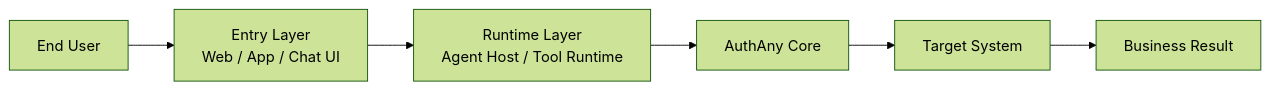
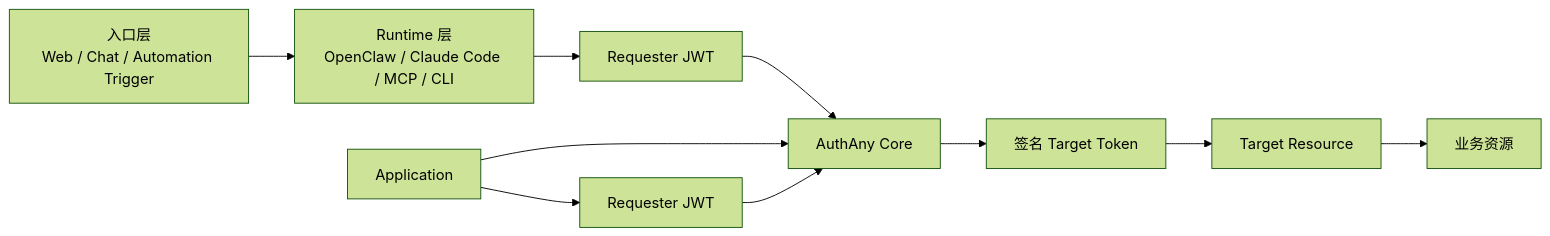
The first of 3 diagrams in specs/01-ARCHITECTURE.md (renxqoo/Authany), drawn with Mermaid (forest theme) before and after one commit. The commit also changed other lines of this file and 310 other files, not shown here.

Commit message:
feat: harden security flows and reorganize example apps

````diff
--- a/specs/01-ARCHITECTURE.md
+++ b/specs/01-ARCHITECTURE.md
@@ -37,8 +9,12 @@
 ```mermaid
 flowchart LR
-    U["End User"] --> E["Entry Layer<br/>Web / App / Chat UI"]
-    E --> R["Runtime Layer<br/>Agent Host / Tool Runtime"]
-    R --> A["AuthAny Core"]
-    A --> T["Target System"]
-    T --> RES["Business Result"]
+    ENTRY["入口层<br/>Web / Chat / Automation Trigger"] --> RUNTIME["Runtime 层<br/>OpenClaw / Claude Code / MCP / CLI"]
+    APP["Application"] --> AUTH["AuthAny Core"]
+    RUNTIME --> REQ["Requester JWT"]
+    APP --> APPREQ["Requester JWT"]
+    REQ --> AUTH
+    APPREQ --> AUTH
+    AUTH --> TOKEN["签名 Target Token"]
+    TOKEN --> TARGET["Target Resource"]
+    TARGET --> RES["业务资源"]
 ```
````
